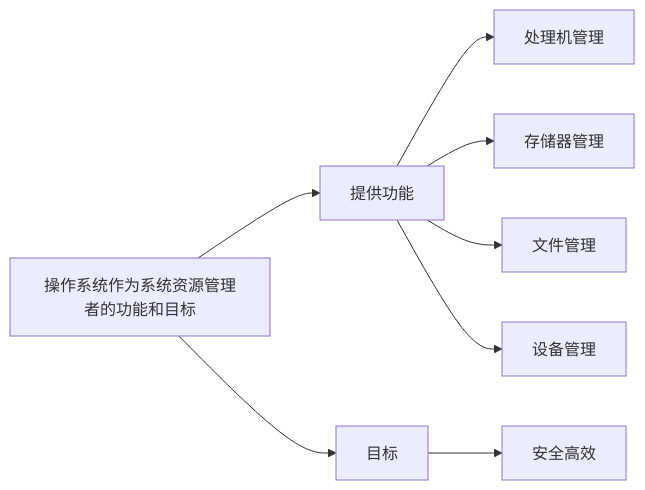
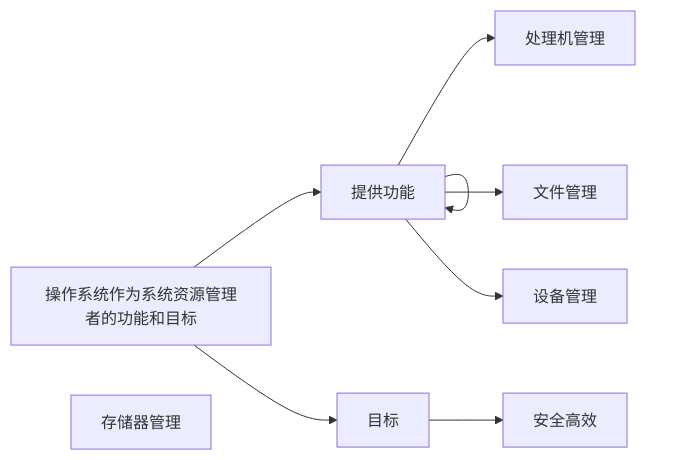
One commit to chitanda-xiaolu/Note changed the diagram in note/计算机原理及计算机系统/计算机系统.md. Above: the diagram before and after it, drawn with Mermaid. The commit also changed other lines of this file and 22 other files, not shown here.

````diff
--- a/note/计算机原理及计算机系统/计算机系统.md
+++ b/note/计算机原理及计算机系统/计算机系统.md
@@ -15,16 +15,16 @@
   ```mermaid
   graph LR
   source[操作系统作为系统资源管理者的功能和目标]
   func[提供功能]
   target[目标]
   cpu[处理机管理]
   storage[存储器管理]
   file[文件管理]
   device[设备管理]
   to[安全高效]
   source-->func-->cpu
-  func-->storage
+  func-->
   func-->file
   func-->device
   source-->target-->to
   ```
````
